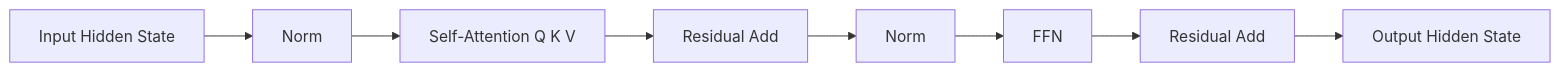
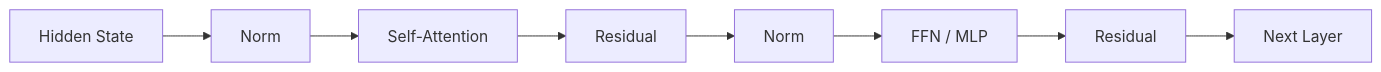
One commit to studyzhige-ui/ai-application-interview-handbook changed the second of 7 diagrams in llm-foundation/review/README.md. Above: the diagram before and after it, drawn with Mermaid. The commit also changed other lines of this file, not shown here.

````diff
--- a/llm-foundation/review/README.md
+++ b/llm-foundation/review/README.md
@@ -34,10 +31,10 @@
 ```mermaid
 flowchart LR
-    A["Input Hidden State"] --> B["Norm"]
-    B --> C["Self-Attention Q K V"]
-    C --> D["Residual Add"]
+    A["Hidden State"] --> B["Norm"]
+    B --> C["Self-Attention"]
+    C --> D["Residual"]
     D --> E["Norm"]
-    E --> F["FFN"]
-    F --> G["Residual Add"]
-    G --> H["Output Hidden State"]
+    E --> F["FFN / MLP"]
+    F --> G["Residual"]
+    G --> H["Next Layer"]
 ```
````
